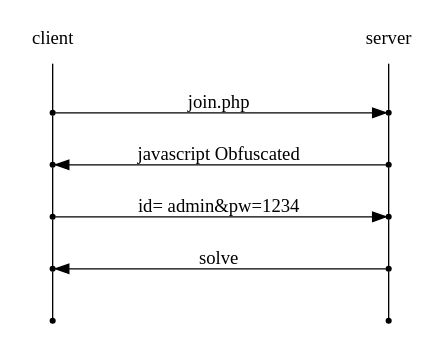
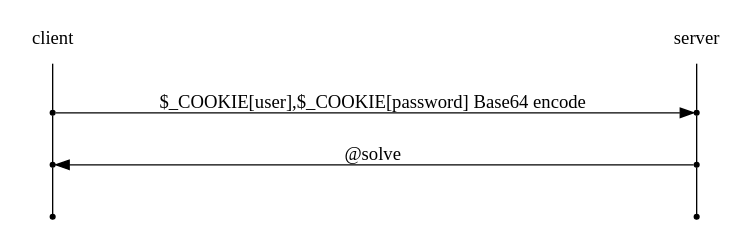
One commit to joizel/ctf_writeup changed the diagram in docs/web/[webhacking] 06.rst. Above: the diagram before and after it, drawn with Graphviz. The commit also changed other lines of this file and 15 other files, not shown here.

First line of the commit message:
update graphviz

```diff
--- a/docs/web/[webhacking] 06.rst
+++ b/docs/web/[webhacking] 06.rst
@@ -5,23 +5,21 @@
 .. graphviz::
 
     digraph G {
         rankdir="LR";
         node[shape="point"];
         edge[arrowhead="none"]
 
         {
             rank="same";
             "client"[shape="plaintext"];
-            "client" -> step0 -> step2 -> step4 -> step6 -> step8;
+            "client" -> step0 -> step2 -> step4;
         }
 
         {
             rank="same";
             "server"[shape="plaintext"];
-            "server" -> step1 -> step3 -> step5 -> step7 -> step9;
+            "server" -> step1 -> step3 -> step5;
         }
-        step0 -> step1[label="join.php",arrowhead="normal"];
-        step3 -> step2[label="javascript Obfuscated",arrowhead="normal"];
-        step4 -> step5[label="id= admin&pw=1234",arrowhead="normal"];
-        step7 -> step6[label="solve",arrowhead="normal"];
+        step0 -> step1[label="$_COOKIE[user],$_COOKIE[password] Base64 encode",arrowhead="normal"];
+        step3 -> step2[label="@solve",arrowhead="normal"];
     }
```
